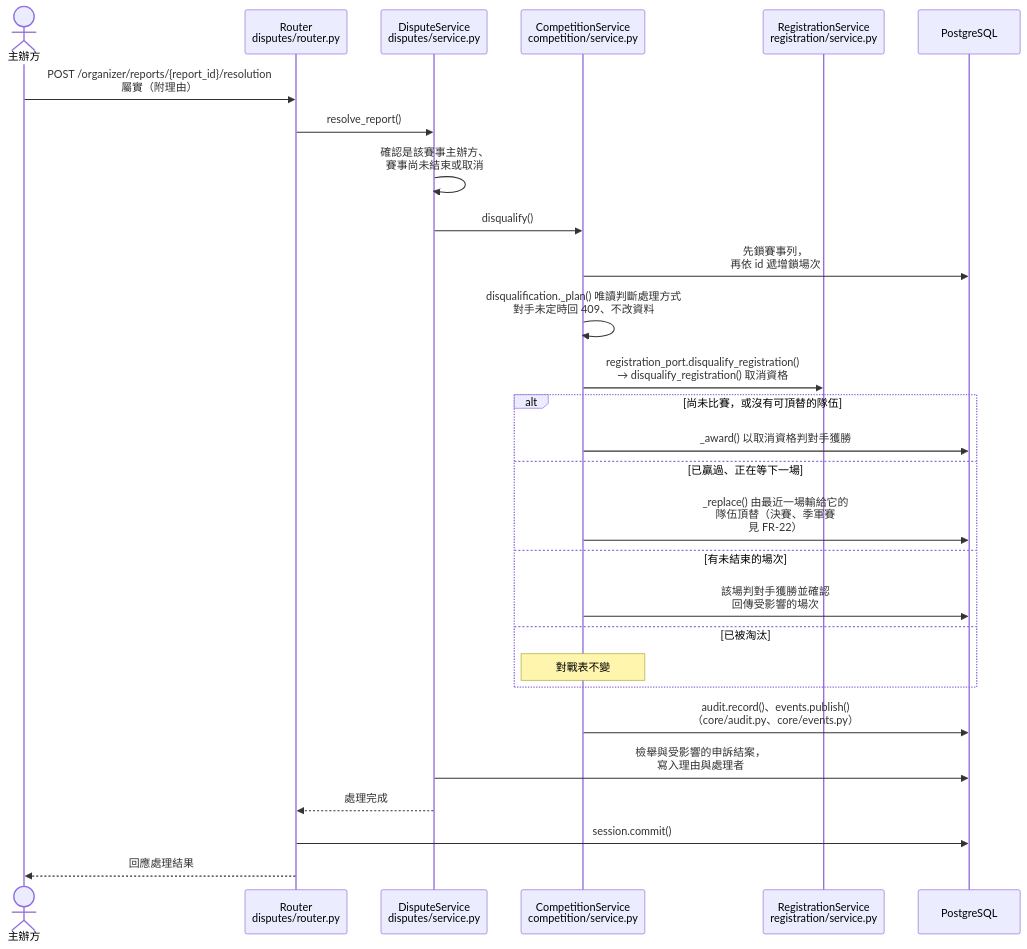
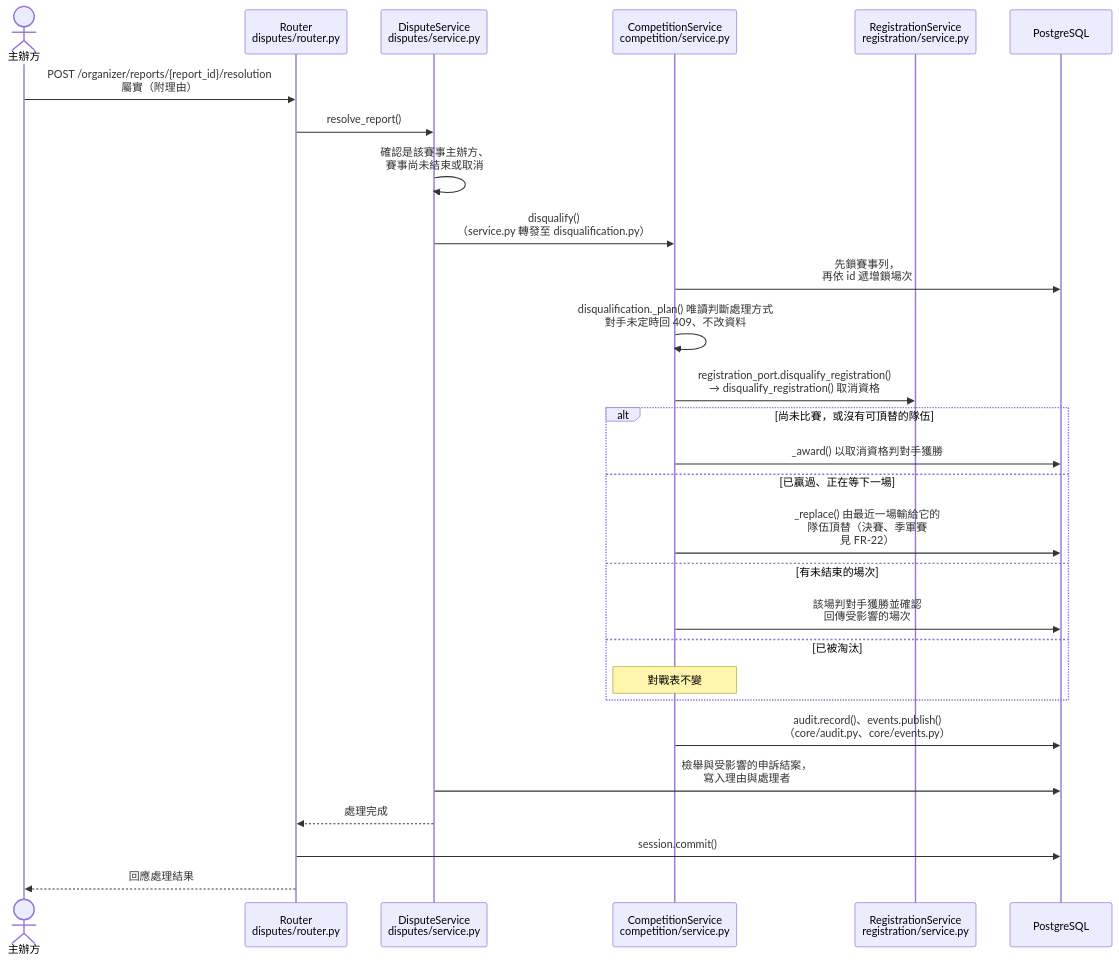
One commit to Team14good/esport-platform changed diagram 15 of 15 in docs/midterm/D-物件設計文件.md. Above: the diagram before and after it, drawn with Mermaid. The commit also changed other lines of this file and 5 other files, not shown here.

First line of the commit message:
docs: 依 code review 修正 B、D 的圖與程式標註

````diff
--- a/docs/midterm/D-物件設計文件.md
+++ b/docs/midterm/D-物件設計文件.md
@@ -843,30 +844,30 @@
 ```mermaid
 sequenceDiagram
   actor Org as 主辦方
   participant R as Router<br/>disputes/router.py
   participant D as DisputeService<br/>disputes/service.py
   participant C as CompetitionService<br/>competition/service.py
   participant RS as RegistrationService<br/>registration/service.py
   participant DB as PostgreSQL
   Org->>R: POST /organizer/reports/{report_id}/resolution<br/>屬實（附理由）
   R->>D: resolve_report()
   D->>D: 確認是該賽事主辦方、<br/>賽事尚未結束或取消
-  D->>C: disqualify()
+  D->>C: disqualify()<br/>（service.py 轉發至 disqualification.py）
   C->>DB: 先鎖賽事列，<br/>再依 id 遞增鎖場次
   C->>C: disqualification._plan() 唯讀判斷處理方式<br/>對手未定時回 409、不改資料
   C->>RS: registration_port.disqualify_registration()<br/>→ disqualify_registration() 取消資格
   alt 尚未比賽，或沒有可頂替的隊伍
     C->>DB: _award() 以取消資格判對手獲勝
   else 已贏過、正在等下一場
     C->>DB: _replace() 由最近一場輸給它的<br/>隊伍頂替（決賽、季軍賽<br/>見 FR-22）
   else 有未結束的場次
     C->>DB: 該場判對手獲勝並確認<br/>回傳受影響的場次
   else 已被淘汰
     Note over C: 對戰表不變
   end
   C->>DB: audit.record()、events.publish()<br/>（core/audit.py、core/events.py）
   D->>DB: 檢舉與受影響的申訴結案，<br/>寫入理由與處理者
   D-->>R: 處理完成
   R->>DB: session.commit()
   R-->>Org: 回應處理結果
 ```
````
